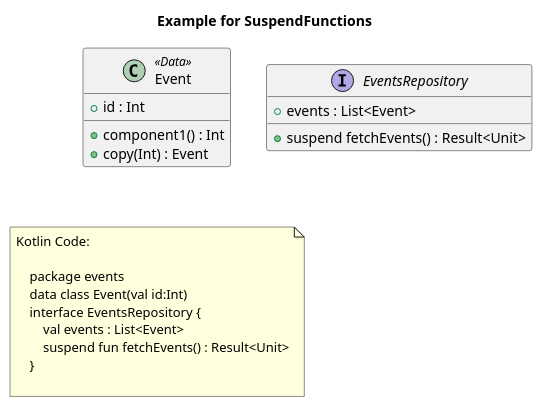
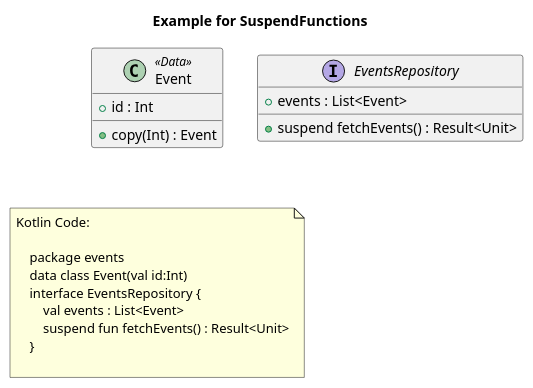
One commit to Tosaa/ksp-plantuml changed the diagram in doc/plantuml/SuspendFunctions.puml. Above: the diagram before and after it, drawn with PlantUML. The commit also changed 32 other files, not shown here.

Commit message:
Refactor logic to figure out whether a property / function is inherited or not. Exclude kotlin.Enum for this check and also ensure that Data class componentN() functions are not removed, since they are marked as override

```diff
--- a/doc/plantuml/SuspendFunctions.puml
+++ b/doc/plantuml/SuspendFunctions.puml
@@ -1,39 +1,37 @@
 @startuml
 title Example for SuspendFunctions
 'This file is generated by the GenerateExamplesForDoc test.
 
     'events.Event
     class "Event" as events_Event <<Data>>{
         + id : Int
-		+ component1() : Int
 		+ copy(Int) : Event
     }
 
 
     'events.EventsRepository
     interface "EventsRepository" as events_EventsRepository {
         + events : List<Event>
 		+ suspend fetchEvents() : Result<Unit>
     }
 
 
 'Inheritance relations
 
 'Property relations
 
 'Function relations
 
- 
 note as note_of_code
 Kotlin Code:
 
     package events
     data class Event(val id:Int)
     interface EventsRepository {
         val events : List<Event>
         suspend fun fetchEvents() : Result<Unit>
     }
     
 end note
-            
+
 @enduml
```
